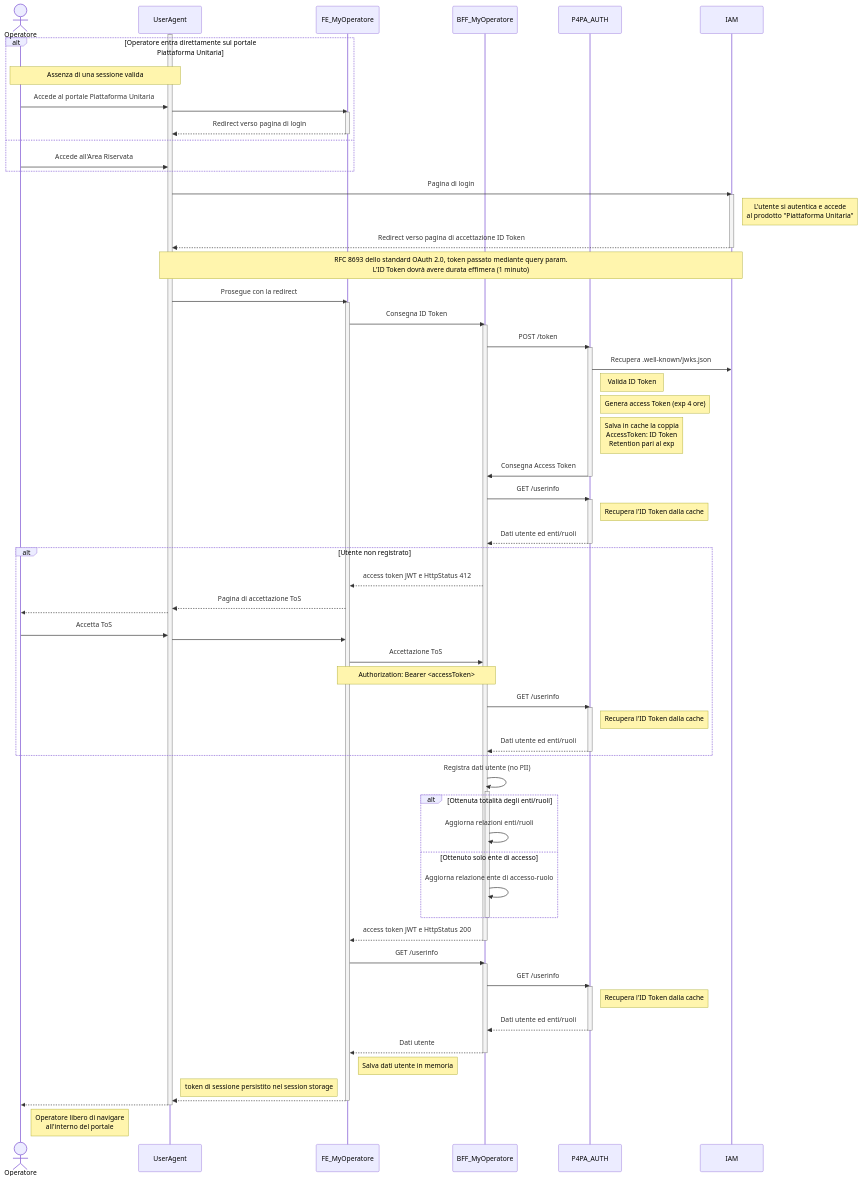
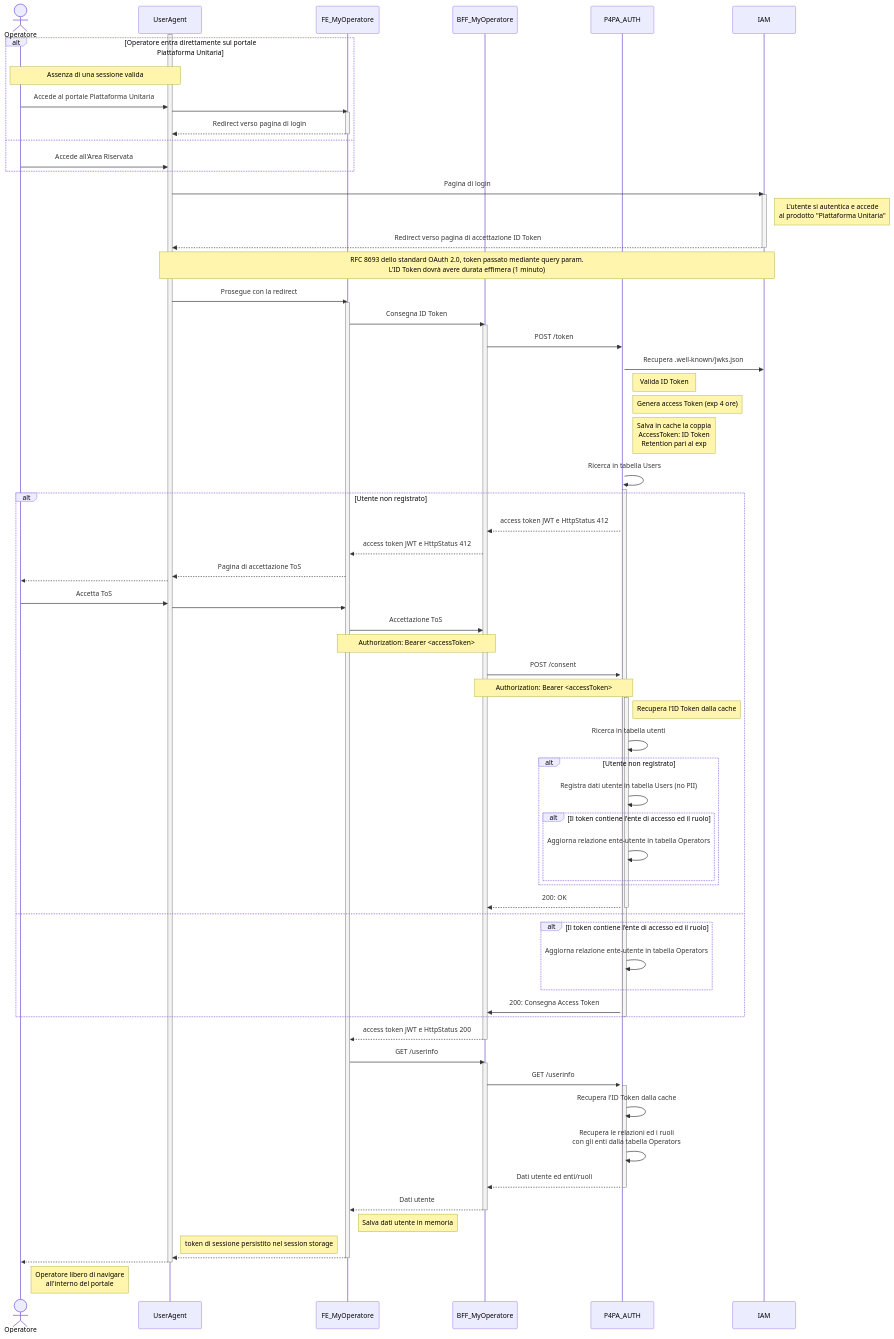
One commit to pagopa/p4pa-doc changed the diagram in design/auth/sequence_auth.mmd. Above: the diagram before and after it, drawn with Mermaid. The commit also changed 1 other file, not shown here.

Commit message:
users and operators moved into p4pa-auth

```diff
--- a/design/auth/sequence_auth.mmd
+++ b/design/auth/sequence_auth.mmd
@@ -1,93 +1,95 @@
 sequenceDiagram
     actor Operatore
     participant UserAgent
     participant FE as FE_MyOperatore
     participant BFF as BFF_MyOperatore
     participant AUTH as P4PA_AUTH
     participant IAM
 
     activate UserAgent
         alt Operatore entra direttamente sul portale Piattaforma Unitaria
             note over Operatore, UserAgent: Assenza di una sessione valida
             Operatore ->> UserAgent: Accede al portale Piattaforma Unitaria
 
             UserAgent ->> FE: #
             activate FE
                 FE -->> UserAgent: Redirect verso pagina di login
             deactivate FE
         else
             Operatore ->> UserAgent: Accede all'Area Riservata
         end
 
         UserAgent ->> IAM: Pagina di login
         activate IAM
             note right of IAM: L'utente si autentica e accede<br />al prodotto "Piattaforma Unitaria"
             IAM -->> UserAgent: Redirect verso pagina di accettazione ID Token
         deactivate IAM
         note over UserAgent, IAM: RFC 8693 dello standard OAuth 2.0, token passato mediante query param.<BR />L'ID Token dovrà avere durata effimera (1 minuto)
 
         UserAgent ->> FE: Prosegue con la redirect
         activate FE
             FE ->> BFF: Consegna ID Token
             activate BFF
                 BFF ->> AUTH: POST /token
                 activate AUTH
                     AUTH ->> IAM: Recupera .well-known/jwks.json
                     note right of AUTH: Valida ID Token
                     note right of AUTH: Genera access Token (exp 4 ore)
                     note right of AUTH: Salva in cache la coppia<BR />AccessToken: ID Token<BR />Retention pari al exp
-                    AUTH ->> BFF: Consegna Access Token
-                deactivate AUTH
+                    AUTH ->> AUTH: Ricerca in tabella Users
+                    activate AUTH
+                        alt Utente non registrato
+                            AUTH -->> BFF: access token JWT e HttpStatus 412
+                            BFF -->> FE: access token JWT e HttpStatus 412
+                            FE -->> UserAgent: Pagina di accettazione ToS
+                            UserAgent -->> Operatore: #
+                            Operatore ->> UserAgent: Accetta ToS
+                            UserAgent ->> FE: #
+                            FE ->> BFF: Accettazione ToS
+                            note over FE, BFF: Authorization: Bearer <accessToken>
+                            BFF ->> AUTH: POST /consent
+                            note over BFF, AUTH: Authorization: Bearer <accessToken>
+                            activate AUTH
+                                note right of AUTH: Recupera l'ID Token dalla cache
+                                AUTH ->> AUTH: Ricerca in tabella utenti
 
-                BFF ->> AUTH: GET /userinfo
-                activate AUTH
-                    note right of AUTH: Recupera l'ID Token dalla cache
-                    AUTH -->> BFF: Dati utente ed enti/ruoli
-                deactivate AUTH
+                                alt Utente non registrato
+                                    AUTH ->> AUTH: Registra dati utente in tabella Users (no PII)
+                                    alt Il token contiene l'ente di accesso ed il ruolo
+                                        AUTH ->> AUTH: Aggiorna relazione ente-utente in tabella Operators
+                                    end
+                                end
 
-                alt Utente non registrato
-                    BFF -->> FE: access token JWT e HttpStatus 412
-                    FE -->> UserAgent: Pagina di accettazione ToS
-                    UserAgent -->> Operatore: #
-                    Operatore ->> UserAgent: Accetta ToS
-                    UserAgent ->> FE: #
-                    FE ->> BFF: Accettazione ToS
-                    note over FE, BFF: Authorization: Bearer <accessToken>
-                    BFF ->> AUTH: GET /userinfo
-                    activate AUTH
-                        note right of AUTH: Recupera l'ID Token dalla cache
-                        AUTH -->> BFF: Dati utente ed enti/ruoli
+                                AUTH -->> BFF: 200: OK
+                            deactivate AUTH
+                        else
+                            alt Il token contiene l'ente di accesso ed il ruolo
+                                AUTH ->> AUTH: Aggiorna relazione ente-utente in tabella Operators
+                            end
+                            AUTH ->> BFF: 200: Consegna Access Token
+                        end
+
                     deactivate AUTH
-                end
-
-                BFF ->> BFF: Registra dati utente (no PII)
-                activate BFF
-                    alt Ottenuta totalità degli enti/ruoli
-                        BFF ->> BFF: Aggiorna relazioni enti/ruoli
-                    else Ottenuto solo ente di accesso
-                        BFF ->> BFF: Aggiorna relazione ente di accesso-ruolo
-                    end
-                deactivate BFF
-
                 BFF -->> FE: access token JWT e HttpStatus 200
             deactivate BFF
 
             FE ->> BFF: GET /userinfo
             activate BFF
                 BFF ->> AUTH: GET /userinfo
                 activate AUTH
-                    note right of AUTH: Recupera l'ID Token dalla cache
+                    AUTH ->> AUTH: Recupera l'ID Token dalla cache
+                    AUTH ->> AUTH: Recupera le relazioni ed i ruoli<BR />con gli enti dalla tabella Operators
                     AUTH -->> BFF: Dati utente ed enti/ruoli
                 deactivate AUTH
             BFF -->> FE: Dati utente
             deactivate BFF
             note right of FE: Salva dati utente in memoria
 
             note right of UserAgent: token di sessione persistito nel session storage
             FE -->> UserAgent: #
         deactivate FE
 
         UserAgent -->> Operatore: #
     deactivate UserAgent
 
     note right of Operatore: Operatore libero di navigare<BR />all'interno del portale
```
